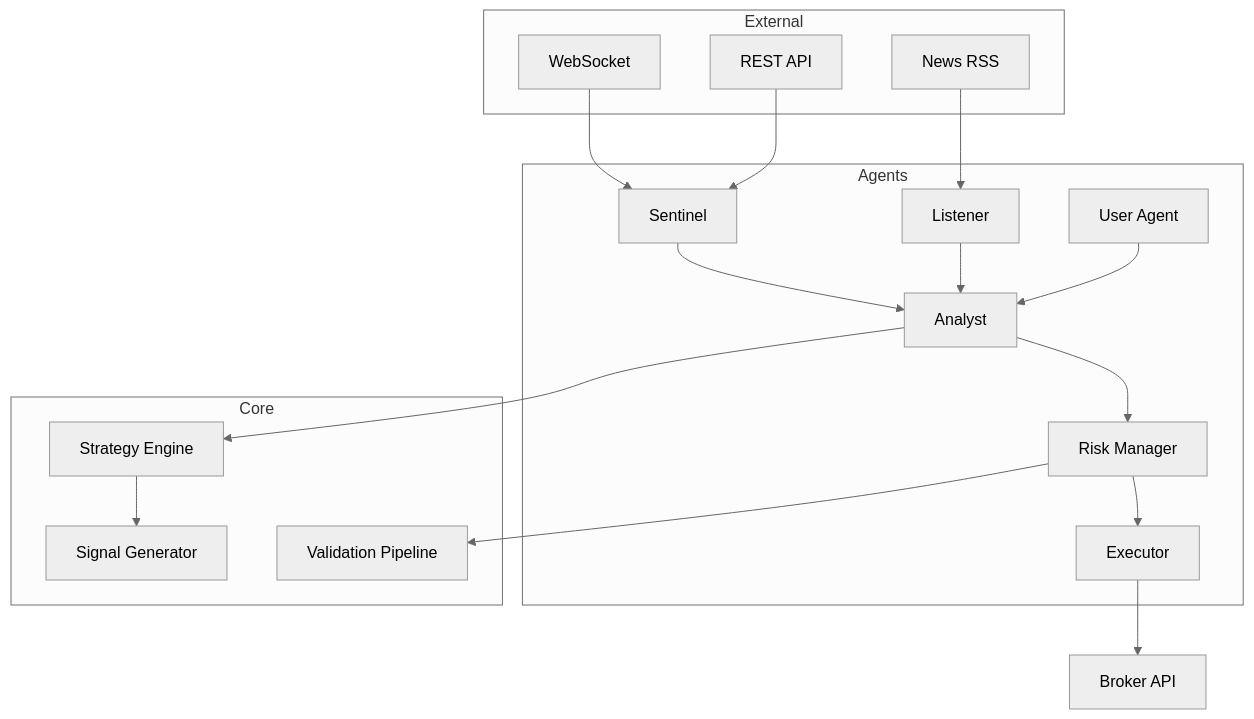
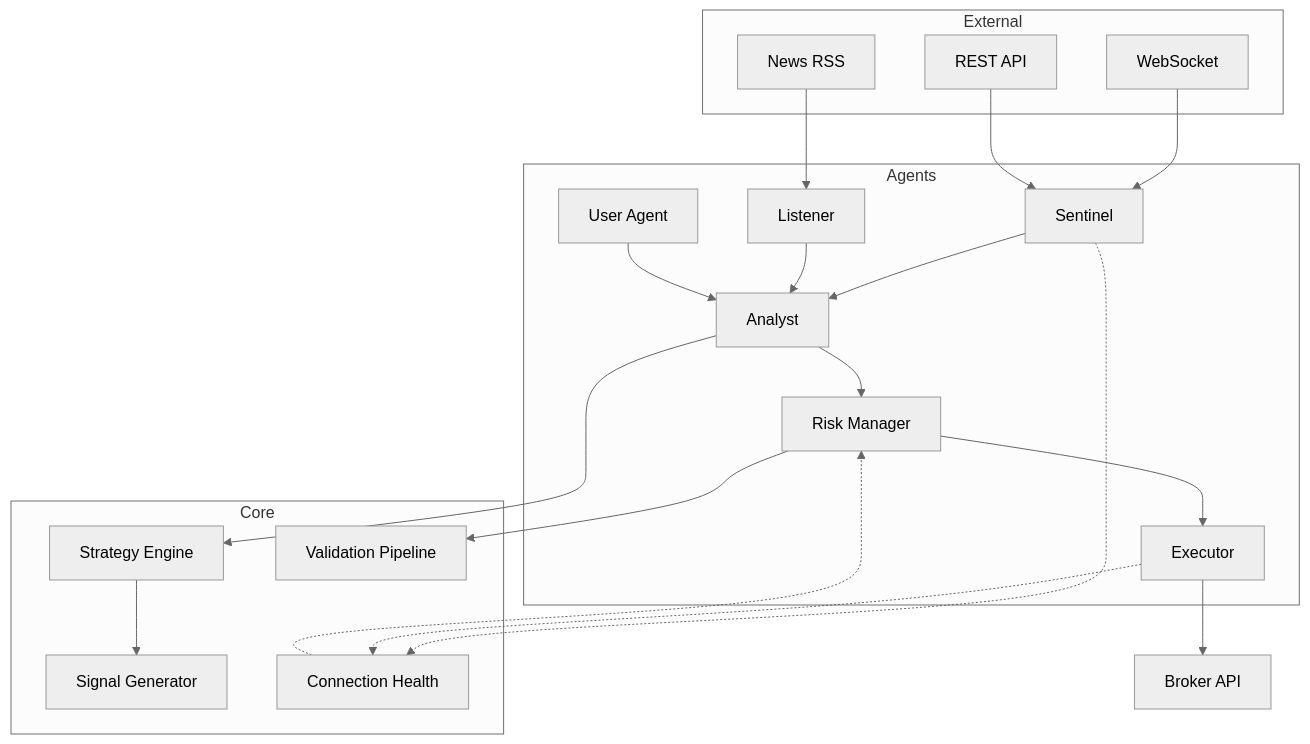
One commit to Zuytan/rustrade changed the diagram in README.md. Above: the diagram before and after it, drawn with Mermaid (neutral theme). The commit also changed other lines of this file and 46 other files, not shown here.

First line of the commit message:
v0.88.0: System Resilience & Connection Health

````diff
--- a/README.md
+++ b/README.md
@@ -140,24 +142,27 @@
 ```mermaid
 flowchart TB
     subgraph Agents
         S[Sentinel] --> A[Analyst]
         A --> R[Risk Manager]
         R --> E[Executor]
         L[Listener] --> A
         U[User Agent] --> A
     end
     
     subgraph External
         WS[WebSocket] --> S
         REST[REST API] --> S
         NEWS[News RSS] --> L
     end
     
     subgraph Core
         A --> STR[Strategy Engine]
         STR --> SIG[Signal Generator]
         R --> VAL[Validation Pipeline]
+        S -.-> CH[Connection Health]
+        E -.-> CH
+        CH -.-> R
     end
     
     E --> BROKER[Broker API]
 ```
````
